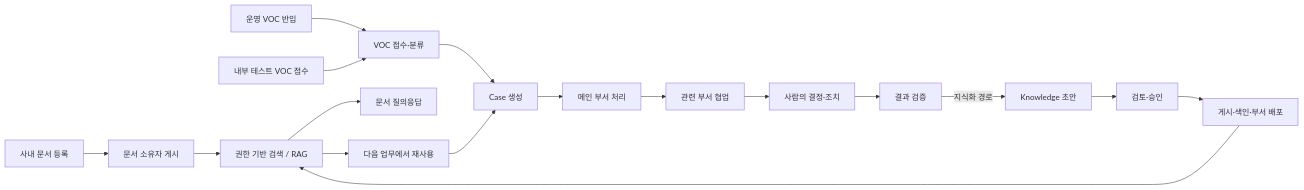
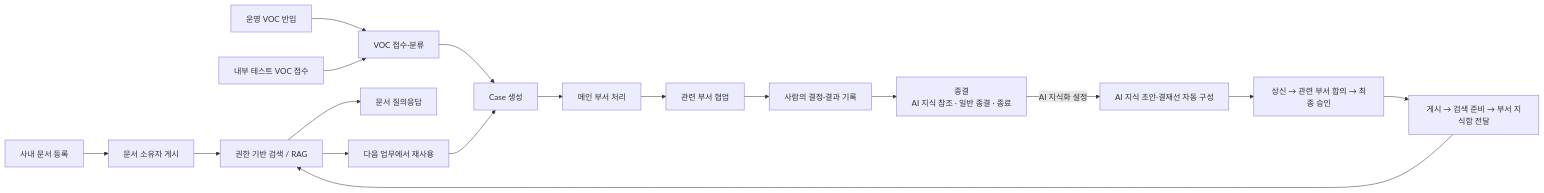
One commit to kingdoms1212/enterprise-knowledge-loop changed the first of 2 diagrams in docs/Enterprise_Knowledge_Loop_Concept_and_Composition_v1.md. Above: the diagram before and after it, drawn with Mermaid. The commit also changed other lines of this file and 14 other files, not shown here.

````diff
--- a/docs/Enterprise_Knowledge_Loop_Concept_and_Composition_v1.md
+++ b/docs/Enterprise_Knowledge_Loop_Concept_and_Composition_v1.md
@@ -137,23 +142,23 @@
 ```mermaid
 flowchart LR
     A[사내 문서 등록] --> A2[문서 소유자 게시]
     A2 --> L[권한 기반 검색 / RAG]
 
     B[운영 VOC 반입] --> C[VOC 접수·분류]
     B2[내부 테스트 VOC 접수] --> C
 
     C --> D[Case 생성]
     D --> E[메인 부서 처리]
     E --> F[관련 부서 협업]
-    F --> G[사람의 결정·조치]
-    G --> H[결과 검증]
+    F --> G[사람의 결정·결과 기록]
+    G --> H[종결<br/>AI 지식 참조 · 일반 종결 · 종료]
 
-    H -->|지식화 경로| I[Knowledge 초안]
-    I --> J[검토·승인]
-    J --> K[게시·색인·부서 배포]
+    H -->|AI 지식화 설정| I[AI 지식 초안·결재선 자동 구성]
+    I --> J[상신 → 관련 부서 합의 → 최종 승인]
+    J --> K[게시 → 검색 준비 → 부서 지식함 전달]
     K --> L
 
     L --> Q[문서 질의응답]
     L --> M[다음 업무에서 재사용]
     M --> D
 ```
````
